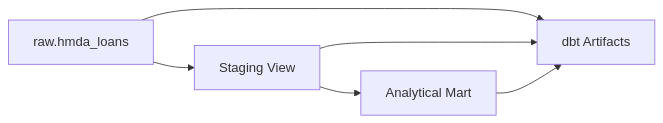
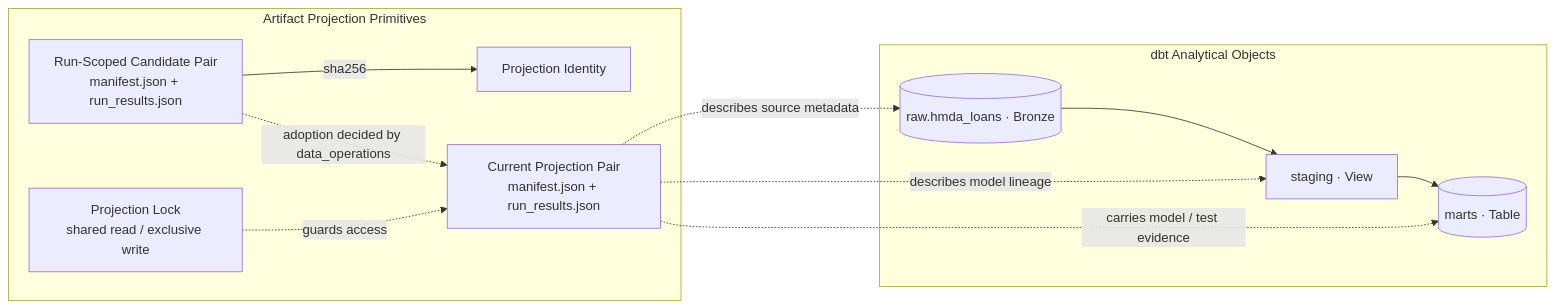
The diagram in docs/domains/data-platform.md (mols3131d/hmda-data-reliability), drawn with Mermaid before and after one commit. The commit also changed 3 other files, not shown here.

Commit message:
docs: upgrade Mermaid diagrams across docs (#116)

````diff
--- a/docs/domains/data-platform.md
+++ b/docs/domains/data-platform.md
@@ -19,8 +19,16 @@
 ```mermaid
 flowchart LR
-    bronze["raw.hmda_loans"] --> staging["Staging View"]
-    staging --> mart["Analytical Mart"]
-    bronze --> artifacts["dbt Artifacts"]
-    staging --> artifacts
-    mart --> artifacts
+    subgraph analytical_state ["dbt Analytical Objects"]
+        bronze[("raw.hmda_loans · Bronze")] --> staging["staging · View"] --> mart[("marts · Table")]
+    end
+
+    subgraph projection ["Artifact Projection Primitives"]
+        candidate["Run-Scoped Candidate Pair<br/>manifest.json + run_results.json"] -->|sha256| identity["Projection Identity"]
+        candidate -.->|adoption decided by data_operations| current["Current Projection Pair<br/>manifest.json + run_results.json"]
+        lock["Projection Lock<br/>shared read / exclusive write"] -.->|guards access| current
+    end
+
+    current -.->|describes source metadata| bronze
+    current -.->|describes model lineage| staging
+    current -.->|carries model / test evidence| mart
 ```
````
